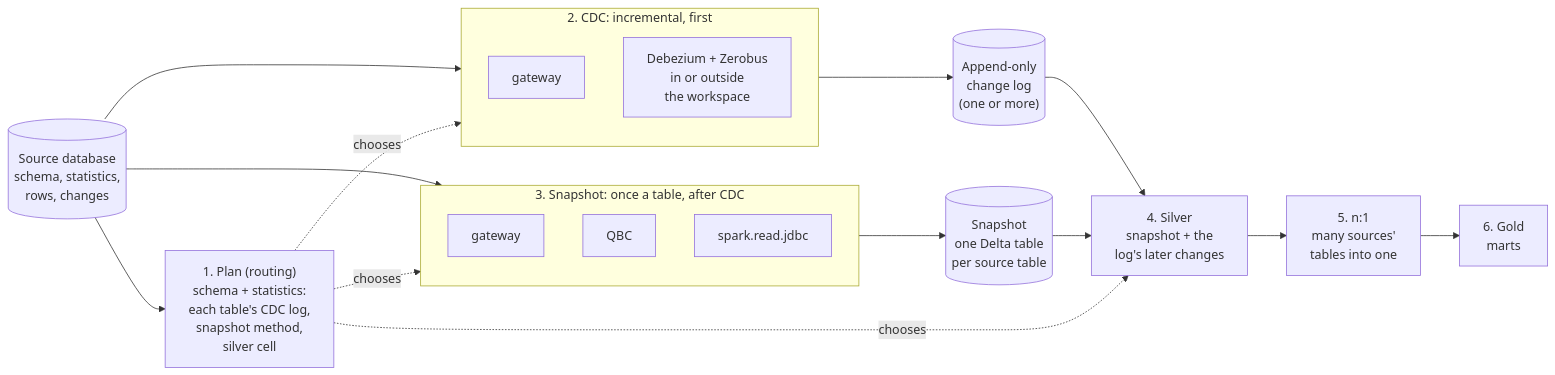
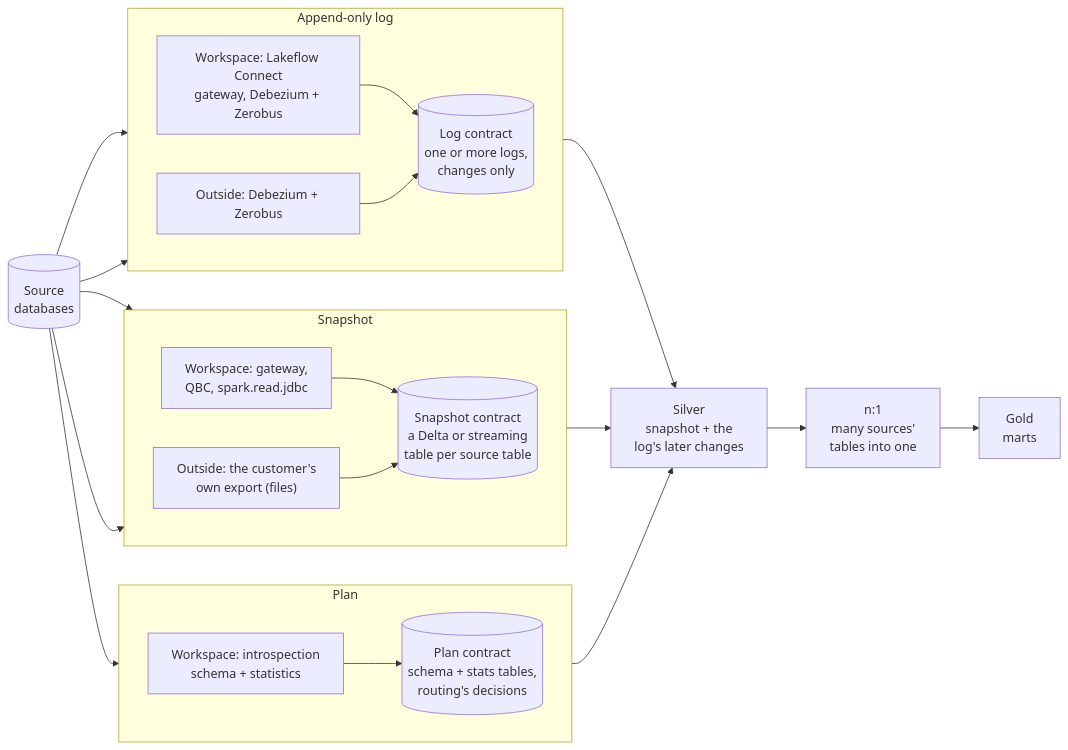
One commit to rsleedbx/databricks-agent-skills-tests changed the diagram in docs/design.md. Above: the diagram before and after it, drawn with Mermaid. The commit also changed other lines of this file and 4 other files, not shown here.

First line of the commit message:
FlowThrough silver over the Debezium log, five engines; design.md: three contracts, n:1, transport, a cleaner diagram

````diff
--- a/docs/design.md
+++ b/docs/design.md
@@ -22,28 +22,38 @@
 ```mermaid
 flowchart LR
-  src[("Source database<br/>schema, statistics,<br/>rows, changes")]
-  plan["1. Plan (routing)<br/>schema + statistics:<br/>each table's CDC log,<br/>snapshot method,<br/>silver cell"]
-  subgraph CDC ["2. CDC: incremental, first"]
-    direction TB
-    gwc["gateway"]
-    dbz["Debezium + Zerobus<br/>in or outside<br/>the workspace"]
+  src[("Source<br/>databases")]
+  subgraph PL ["Plan"]
+    direction LR
+    intro["Workspace: introspection<br/>schema + statistics"]
+    plan[("Plan contract<br/>schema + stats tables,<br/>routing's decisions")]
+    intro --> plan
   end
-  subgraph SNAP ["3. Snapshot: once a table, after CDC"]
-    direction TB
-    gws["gateway"]
-    qbc["QBC"]
-    jdbc["spark.read.jdbc"]
+  subgraph SN ["Snapshot"]
+    direction LR
+    sw["Workspace: gateway,<br/>QBC, spark.read.jdbc"]
+    so["Outside: the customer's<br/>own export (files)"]
+    snap[("Snapshot contract<br/>a Delta or streaming<br/>table per source table")]
+    sw --> snap
+    so --> snap
   end
-  log[("Append-only<br/>change log<br/>(one or more)")]
-  snapt[("Snapshot<br/>one Delta table<br/>per source table")]
-  silver["4. Silver<br/>snapshot + the<br/>log's later changes"]
-  n1["5. n:1<br/>many sources'<br/>tables into one"]
-  gold["6. Gold<br/>marts"]
-  src --> plan
-  src --> CDC --> log --> silver
-  src --> SNAP --> snapt --> silver
+  subgraph LG ["Append-only log"]
+    direction LR
+    lw["Workspace: Lakeflow Connect<br/>gateway, Debezium + Zerobus"]
+    lo["Outside: Debezium + Zerobus"]
+    log[("Log contract<br/>one or more logs,<br/>changes only")]
+    lw --> log
+    lo --> log
+  end
+  silver["Silver<br/>snapshot + the<br/>log's later changes"]
+  n1["n:1<br/>many sources'<br/>tables into one"]
+  gold["Gold<br/>marts"]
+  src --> intro
+  src --> sw
+  src --> so
+  src --> lw
+  src --> lo
+  plan --> silver
+  snap --> silver
+  log --> silver
   silver --> n1 --> gold
-  plan -. chooses .-> CDC
-  plan -. chooses .-> SNAP
-  plan -. chooses .-> silver
 ```
````
